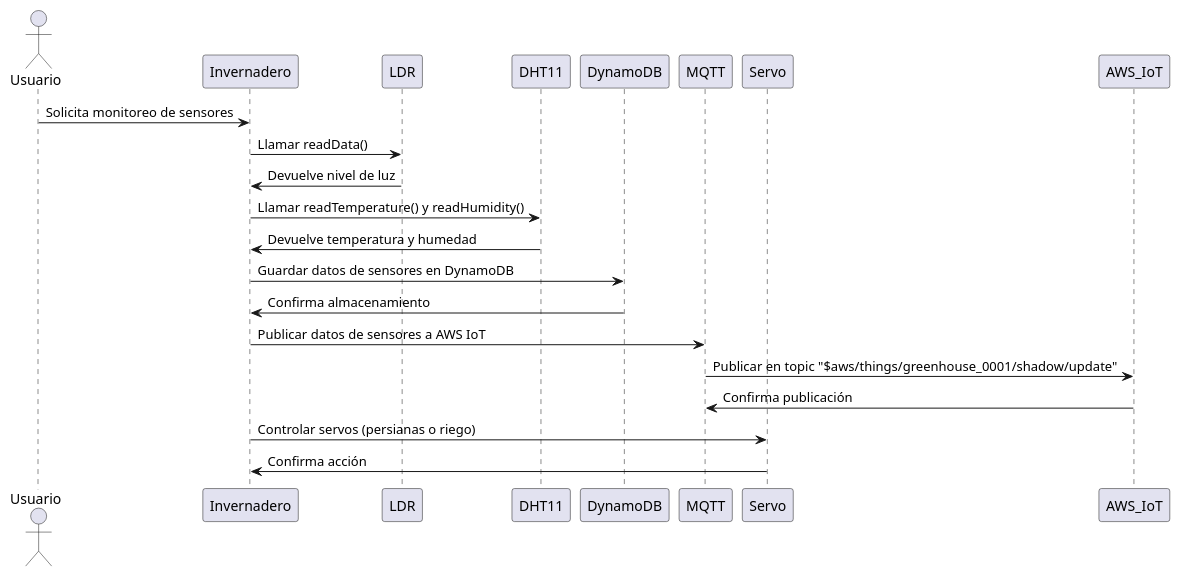
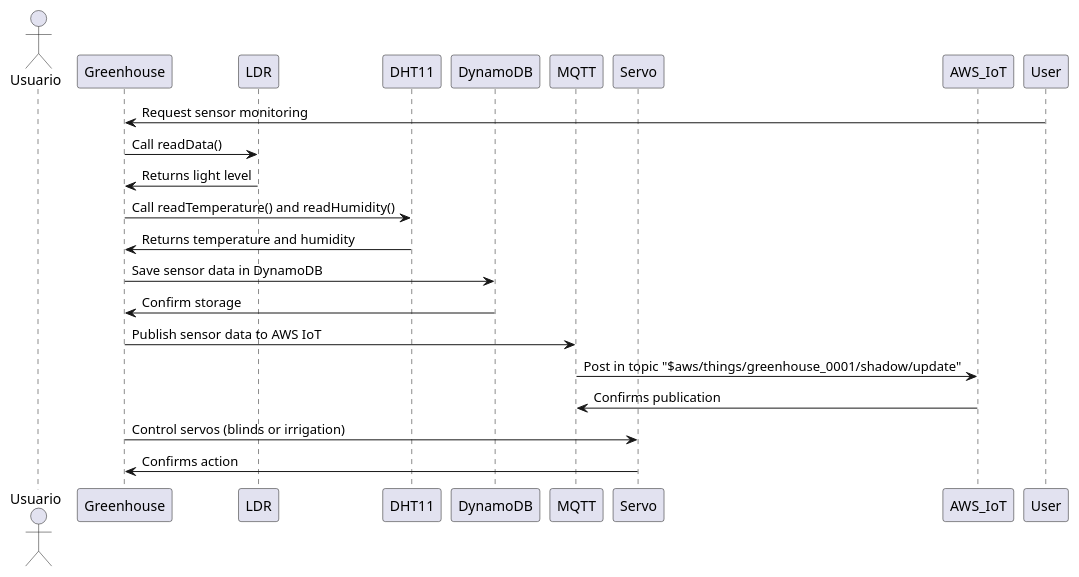
One commit to Focus0Wizard/greenhouse_project changed the diagram in diagrams/sequence.puml. Above: the diagram before and after it, drawn with PlantUML. The commit also changed 1 other file, not shown here.

```diff
--- a/diagrams/sequence.puml
+++ b/diagrams/sequence.puml
@@ -1,23 +1,23 @@
 @startuml
 actor Usuario
-participant Invernadero
+participant Greenhouse
 participant LDR
 participant DHT11
 participant DynamoDB
 participant MQTT
 participant Servo
 participant AWS_IoT
 
-Usuario -> Invernadero : Solicita monitoreo de sensores
-Invernadero -> LDR : Llamar readData()
-LDR -> Invernadero : Devuelve nivel de luz
-Invernadero -> DHT11 : Llamar readTemperature() y readHumidity()
-DHT11 -> Invernadero : Devuelve temperatura y humedad
-Invernadero -> DynamoDB : Guardar datos de sensores en DynamoDB
-DynamoDB -> Invernadero : Confirma almacenamiento
-Invernadero -> MQTT : Publicar datos de sensores a AWS IoT
-MQTT -> AWS_IoT : Publicar en topic "$aws/things/greenhouse_0001/shadow/update"
-AWS_IoT -> MQTT : Confirma publicación
-Invernadero -> Servo : Controlar servos (persianas o riego)
-Servo -> Invernadero : Confirma acción
+User -> Greenhouse : Request sensor monitoring
+Greenhouse -> LDR : Call readData()
+LDR -> Greenhouse : Returns light level
+Greenhouse -> DHT11 : Call readTemperature() and readHumidity()
+DHT11 -> Greenhouse : Returns temperature and humidity
+Greenhouse -> DynamoDB : Save sensor data in DynamoDB
+DynamoDB -> Greenhouse : Confirm storage
+Greenhouse -> MQTT : Publish sensor data to AWS IoT
+MQTT -> AWS_IoT : Post in topic "$aws/things/greenhouse_0001/shadow/update"
+AWS_IoT -> MQTT : Confirms publication
+Greenhouse -> Servo : Control servos (blinds or irrigation)
+Servo -> Greenhouse : Confirms action
 @enduml
```
